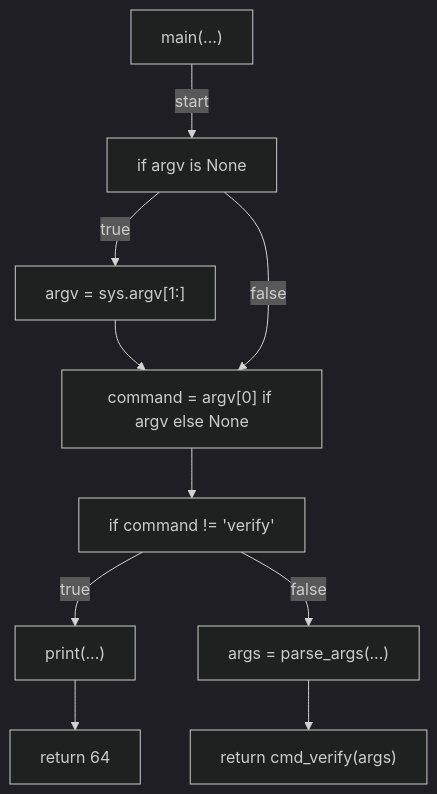
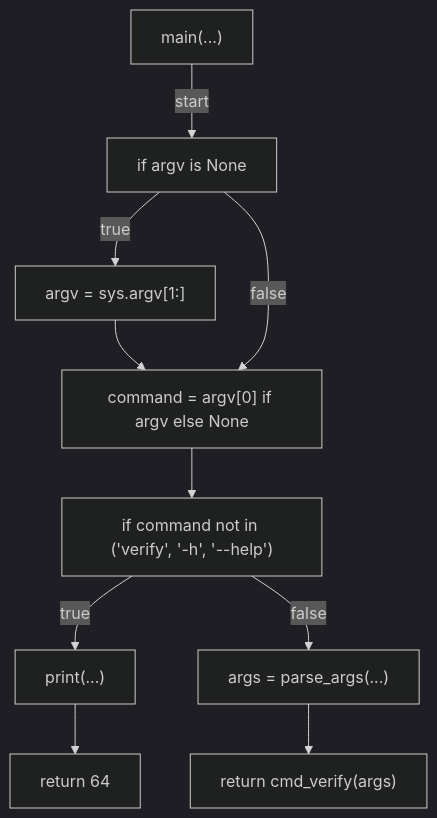
Before and after one commit to tvna/claude-md: the eighth of 8 diagrams in docs/generated/scripts/ast/preflight_coauthor_trailer.md, drawn with Mermaid (dark theme). The commit also changed other lines of this file and 11 other files, not shown here.

First line of the commit message:
docs(generated): regenerate decision tree and workflow diagrams

````diff
--- a/docs/generated/scripts/ast/preflight_coauthor_trailer.md
+++ b/docs/generated/scripts/ast/preflight_coauthor_trailer.md
@@ -158,21 +166,21 @@
 ```mermaid
 flowchart TD
     N001["main(...)"]
     N002["if argv is None"]
     N003["argv = sys.argv[1:]"]
     N004["command = argv[0] if argv else None"]
-    N005["if command != 'verify'"]
+    N005["if command not in ('verify', '-h', '--help')"]
     N006["print(...)"]
     N007["return 64"]
     N008["args = parse_args(...)"]
     N009["return cmd_verify(args)"]
     N001 -->|"start"| N002
     N002 -->|"true"| N003
     N003 --> N004
     N002 -->|"false"| N004
     N004 --> N005
     N005 -->|"true"| N006
     N006 --> N007
     N005 -->|"false"| N008
     N008 --> N009
 ```
````
